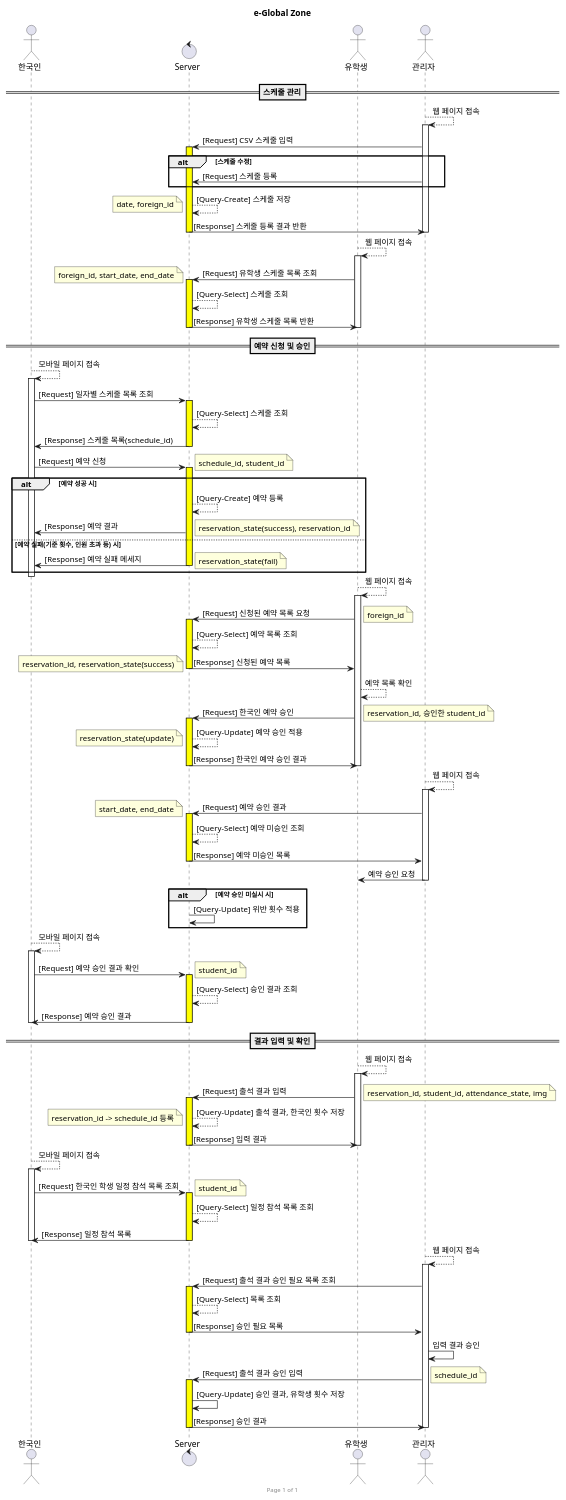
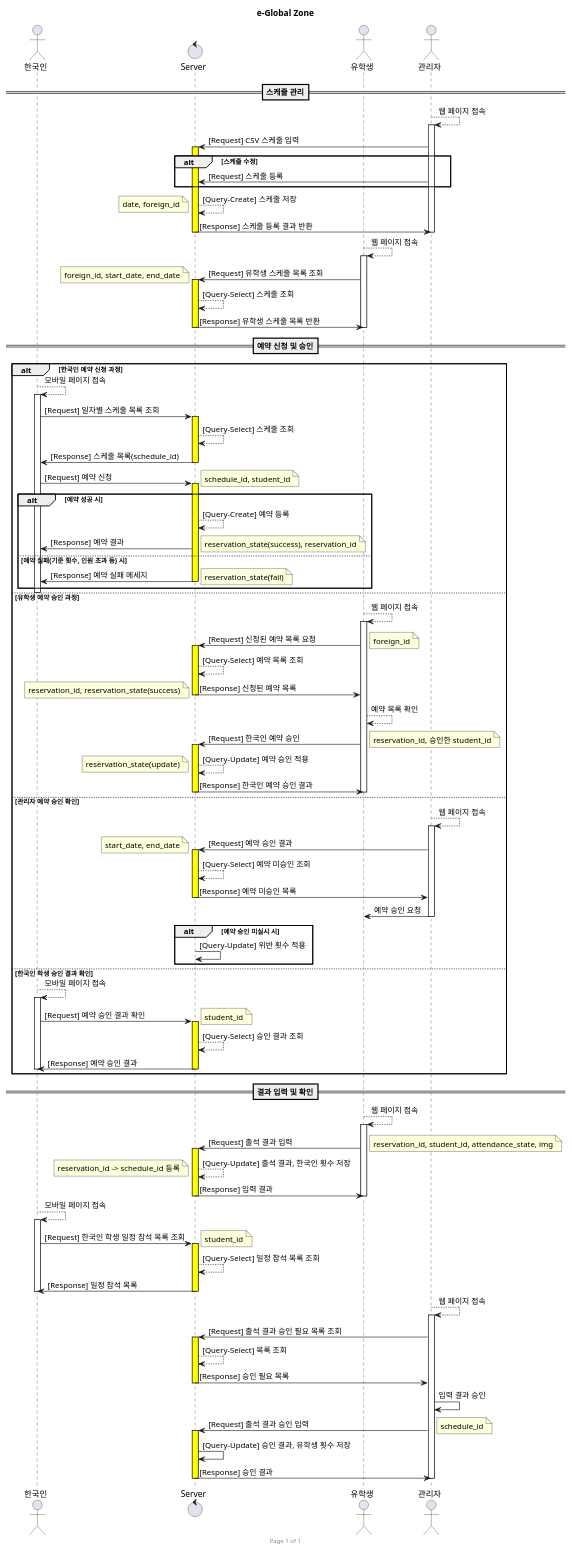
One commit to 2P3S/project_E-GLOBAL-ZONE_main-repo changed the diagram in sequence_diagram.puml. Above: the diagram before and after it, drawn with PlantUML.

Commit message:
Update Sequence Diagram

```diff
--- a/sequence_diagram.puml
+++ b/sequence_diagram.puml
@@ -10,8 +10,11 @@
 
 '   schedule_id : 일정 id
 '   reservation_id : 예약 id
+'   : 완료된 일정 id
 
 '   attendance_state : 출석 상태
+'       - : 출석
+'       - : 미출석
 '   reservation_state : 예약 상태
 '       - fail : 예약 실패
 '       - success : 예약 성공
@@ -61,84 +64,89 @@
 
 ==예약 신청 및 승인==
 ' <<-- 한국인 예약 신청
+alt 한국인 예약 신청 과정
 Korean --> Korean : 모바일 페이지 접속
-activate Korean
-    Korean -> Server : [Request] 일자별 스케줄 목록 조회
-    activate Server #yellow
-        Server --> Server : [Query-Select] 스케줄 조회
-        Server -> Korean : [Response] 스케줄 목록(schedule_id)
-    deactivate Server
+    activate Korean
+        Korean -> Server : [Request] 일자별 스케줄 목록 조회
+        activate Server #yellow
+            Server --> Server : [Query-Select] 스케줄 조회
+            Server -> Korean : [Response] 스케줄 목록(schedule_id)
+        deactivate Server
 
-    Korean -> Server : [Request] 예약 신청
-    note right : schedule_id, student_id
+        Korean -> Server : [Request] 예약 신청
+        note right : schedule_id, student_id
 
-    activate Server #yellow
-        alt 예약 성공 시
-            Server --> Server : [Query-Create] 예약 등록
-            Server -> Korean : [Response] 예약 결과
-            note right: reservation_state(success), reservation_id
-        else 예약 실패(기준 횟수, 인원 초과 등) 시
-            Server -> Korean : [Response] 예약 실패 메세지
-            note right: reservation_state(fail)
-    deactivate Server
-        end
+        activate Server #yellow
+            alt 예약 성공 시
+                Server --> Server : [Query-Create] 예약 등록
+                Server -> Korean : [Response] 예약 결과
+                note right: reservation_state(success), reservation_id
+            else 예약 실패(기준 횟수, 인원 초과 등) 시
+                Server -> Korean : [Response] 예약 실패 메세지
+                note right: reservation_state(fail)
+        deactivate Server
+            end
 
-deactivate Korean
+    deactivate Korean
 ' 한국인 예약 신청 -->>
 
 ' <<-- 유학생 예약 승인
-Foreign --> Foreign : 웹 페이지 접속
-activate Foreign
-    Foreign -> Server : [Request] 신청된 예약 목록 요청
-    note right: foreign_id
+else 유학생 예약 승인 과정
+    Foreign --> Foreign : 웹 페이지 접속
+    activate Foreign
+        Foreign -> Server : [Request] 신청된 예약 목록 요청
+        note right: foreign_id
 
-    activate Server #yellow
-        Server --> Server : [Query-Select] 예약 목록 조회
-        Server -> Foreign : [Response] 신청된 예약 목록
-        note left: reservation_id, reservation_state(success)
-    deactivate Server
+        activate Server #yellow
+            Server --> Server : [Query-Select] 예약 목록 조회
+            Server -> Foreign : [Response] 신청된 예약 목록
+            note left: reservation_id, reservation_state(success)
+        deactivate Server
 
-    Foreign --> Foreign : 예약 목록 확인
-    Foreign -> Server : [Request] 한국인 예약 승인
-    note right: reservation_id, 승인한 student_id
+        Foreign --> Foreign : 예약 목록 확인
+        Foreign -> Server : [Request] 한국인 예약 승인
+        note right: reservation_id, 승인한 student_id
 
-    activate Server #yellow
-        Server --> Server : [Query-Update] 예약 승인 적용
-        note left: reservation_state(update)
-        Server -> Foreign : [Response] 한국인 예약 승인 결과
-    deactivate Server
-deactivate Foreign
+        activate Server #yellow
+            Server --> Server : [Query-Update] 예약 승인 적용
+            note left: reservation_state(update)
+            Server -> Foreign : [Response] 한국인 예약 승인 결과
+        deactivate Server
+    deactivate Foreign
 ' 유학생 예약 승인 -->>
 
 ' <<-- 관리자 예약 승인 확인
-Manager --> Manager : 웹 페이지 접속
-activate Manager
-    Manager -> Server : [Request] 예약 승인 결과
-    note left: start_date, end_date
-    activate Server #yellow
-        Server --> Server : [Query-Select] 예약 미승인 조회
-        Server -> Manager : [Response] 예약 미승인 목록
-    deactivate Server
+else 관리자 예약 승인 확인
+    Manager --> Manager : 웹 페이지 접속
+    activate Manager
+        Manager -> Server : [Request] 예약 승인 결과
+        note left: start_date, end_date
+        activate Server #yellow
+            Server --> Server : [Query-Select] 예약 미승인 조회
+            Server -> Manager : [Response] 예약 미승인 목록
+        deactivate Server
 
-    Manager -> Foreign : 예약 승인 요청
-deactivate Manager
-' 관리자 예약 승인 확인 -->>
+        Manager -> Foreign : 예약 승인 요청
+    deactivate Manager
+    ' 관리자 예약 승인 확인 -->>
 
-alt 예약 승인 미실시 시
-    Server -> Server : [Query-Update] 위반 횟수 적용
-end
+    alt 예약 승인 미실시 시
+        Server -> Server : [Query-Update] 위반 횟수 적용
+    end
 
 ' <<-- 한국인 학생 승인 결과 확인
-Korean --> Korean : 모바일 페이지 접속
-activate Korean
-    Korean -> Server : [Request] 예약 승인 결과 확인
-    note right: student_id
+else 한국인 학생 승인 결과 확인
+    Korean --> Korean : 모바일 페이지 접속
+    activate Korean
+        Korean -> Server : [Request] 예약 승인 결과 확인
+        note right: student_id
 
-    activate Server #yellow
-        Server --> Server : [Query-Select] 승인 결과 조회
-        Server -> Korean : [Response] 예약 승인 결과
-    deactivate Server
-deactivate Korean
+        activate Server #yellow
+            Server --> Server : [Query-Select] 승인 결과 조회
+            Server -> Korean : [Response] 예약 승인 결과
+        deactivate Server
+    deactivate Korean
+end
 ' 한국인 학생 승인 결과 확인 -->>
 
 ==결과 입력 및 확인==
@@ -155,6 +163,8 @@
     deactivate Server
 deactivate Foreign
 ' 완료된 일정에 대한 유학생 결과 입력 -->>
+
+' 노쇼 카운팅 만들
 
 ' <<-- 한국인 학생 완료된 일정 확인
 Korean --> Korean : 모바일 페이지 접속
```
